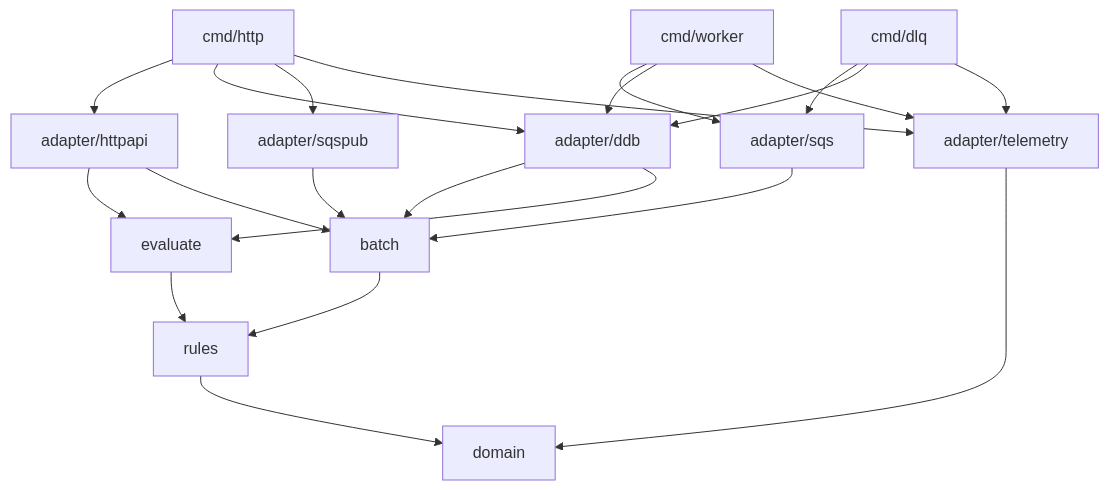
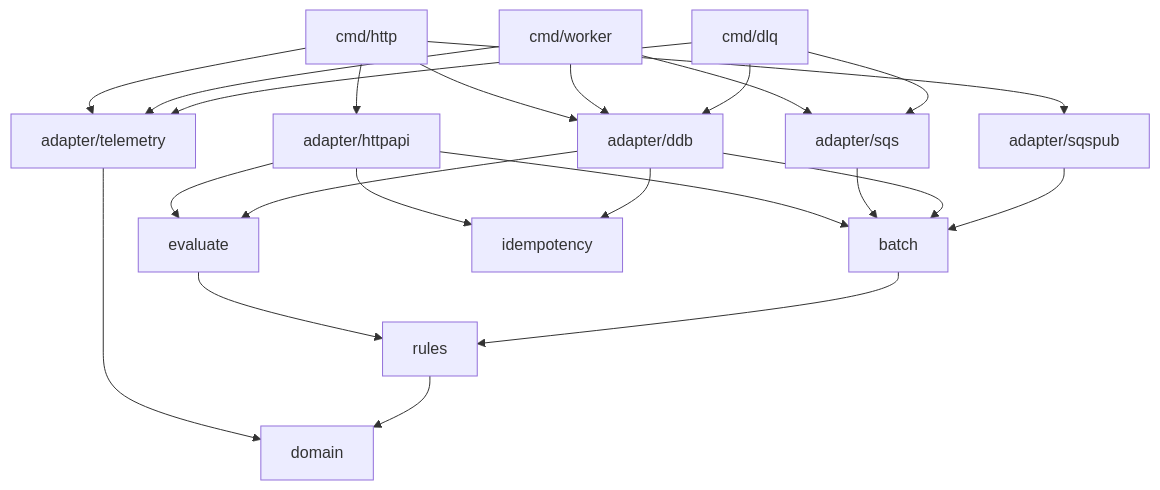
Before and after one commit to vitoladev/credit-card-engine: the third of 4 diagrams in docs/architecture.md, drawn with Mermaid. The commit also changed other lines of this file and 2 other files, not shown here.

Commit message:
docs: record the Idempotency-Key in ADR 0005

````diff
--- a/docs/architecture.md
+++ b/docs/architecture.md
@@ -326,23 +332,25 @@
 ```mermaid
 flowchart TB
   http["cmd/http"] --> httpapi["adapter/httpapi"]
   http --> ddbA["adapter/ddb"]
   http --> pub["adapter/sqspub"]
   http --> tel["adapter/telemetry"]
   worker["cmd/worker"] --> sqs["adapter/sqs"]
   worker --> ddbA
   worker --> tel
   dlqCmd["cmd/dlq"] --> sqs
   dlqCmd --> ddbA
   dlqCmd --> tel
   httpapi --> evaluate
   httpapi --> batch
+  httpapi --> idem["idempotency"]
+  ddbA --> idem
   sqs --> batch
   ddbA --> batch
   ddbA --> evaluate
   pub --> batch
   tel --> domain
   evaluate["evaluate"] --> rules["rules"]
   batch["batch"] --> rules
   rules --> domain["domain"]
 ```
````
